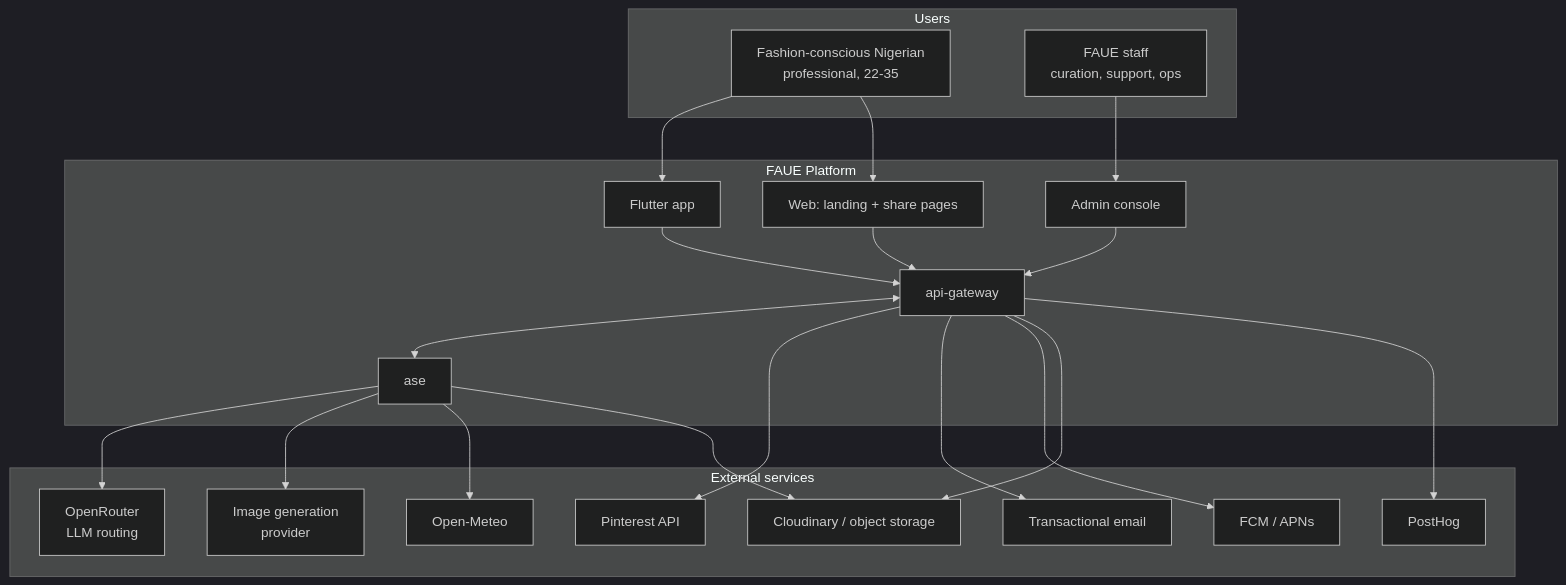
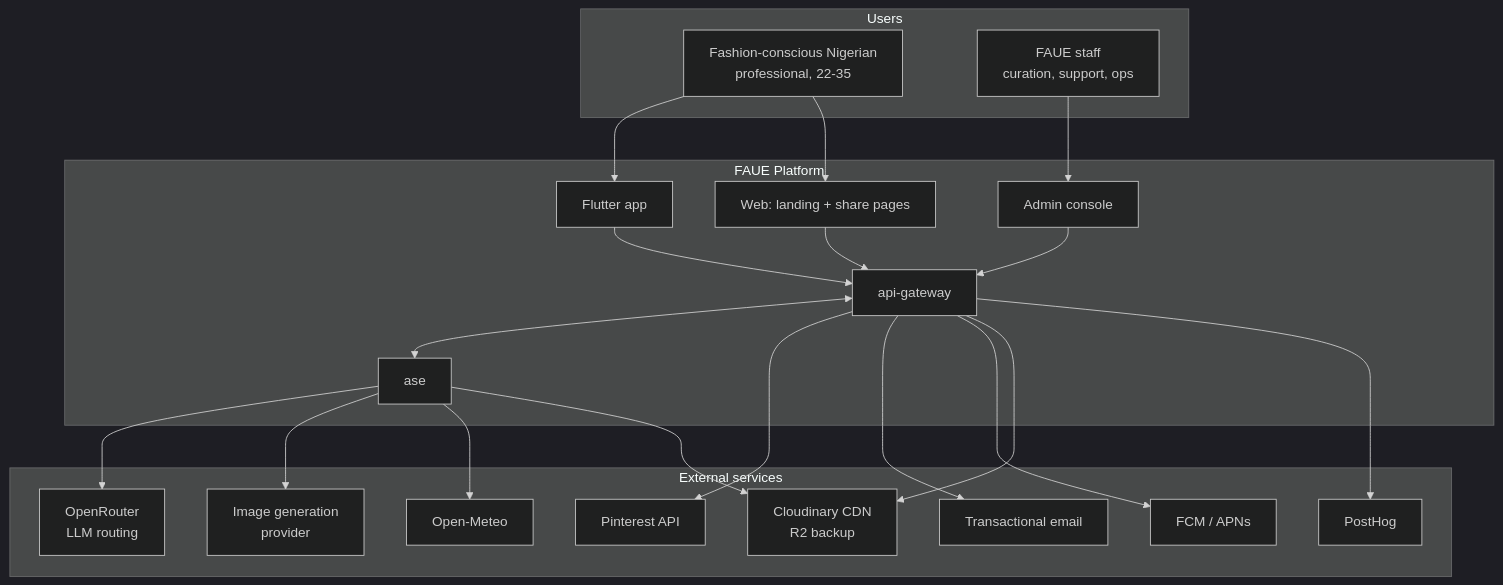
Before and after one commit to faueofficial/docs: the first of 3 diagrams in 10-architecture/hld.md, drawn with Mermaid (dark theme). The commit also changed other lines of this file and 5 other files, not shown here.

First line of the commit message:
docs: storage decided — Cloudinary primary, R2 backup, Railway for local/staging

````diff
--- a/10-architecture/hld.md
+++ b/10-architecture/hld.md
@@ -13,43 +13,43 @@
 ```mermaid
 graph TB
     subgraph Users
         U[Fashion-conscious Nigerian<br/>professional, 22-35]
         S[FAUE staff<br/>curation, support, ops]
     end
 
     subgraph "FAUE Platform"
         APP[Flutter app]
         WEB[Web: landing + share pages]
         ADM[Admin console]
         GW[api-gateway]
         ASE[ase]
     end
 
     subgraph "External services"
         OR[OpenRouter<br/>LLM routing]
         IMG[Image generation<br/>provider]
         PIN[Pinterest API]
-        CDN[Cloudinary / object storage]
+        CDN[Cloudinary CDN<br/>R2 backup]
         WX[Open-Meteo]
         MAIL[Transactional email]
         PUSH[FCM / APNs]
         AN[PostHog]
     end
 
     U --> APP
     U --> WEB
     S --> ADM
     APP --> GW
     WEB --> GW
     ADM --> GW
     GW <--> ASE
     ASE --> OR
     ASE --> IMG
     ASE --> WX
     GW --> PIN
     GW --> MAIL
     GW --> PUSH
     GW --> CDN
     ASE --> CDN
     GW --> AN
 ```
````
